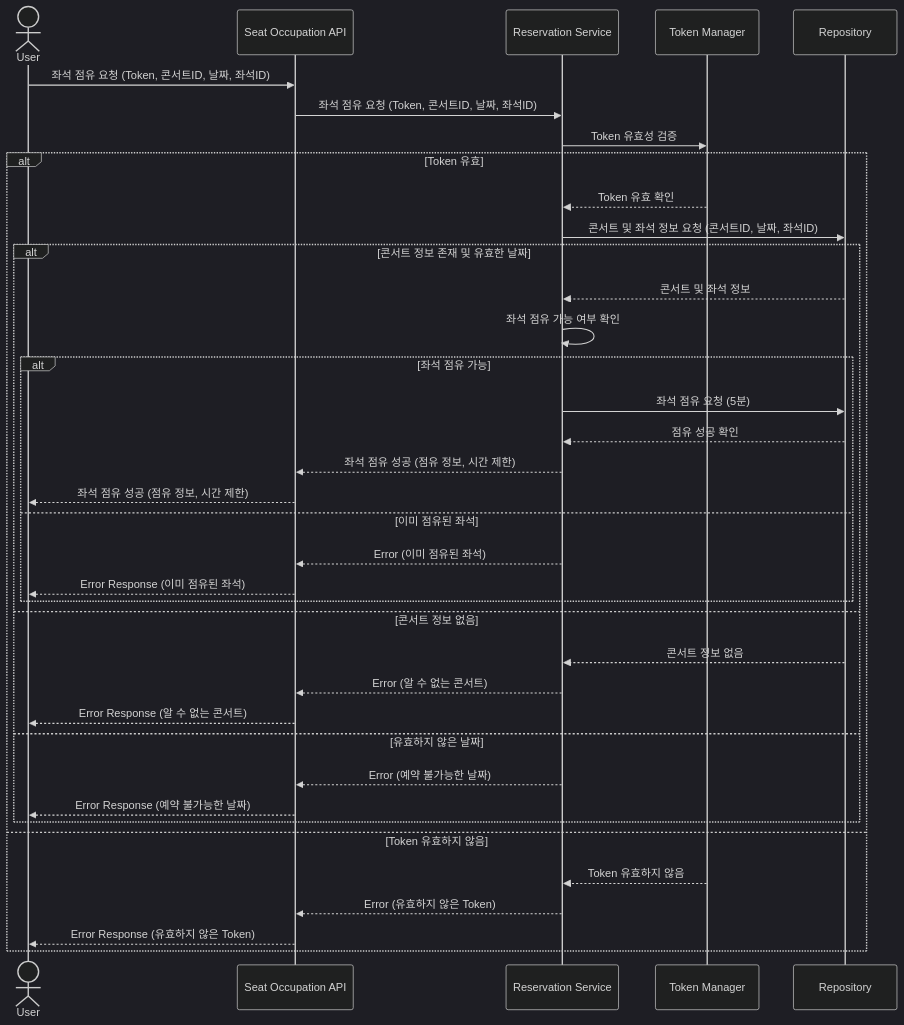
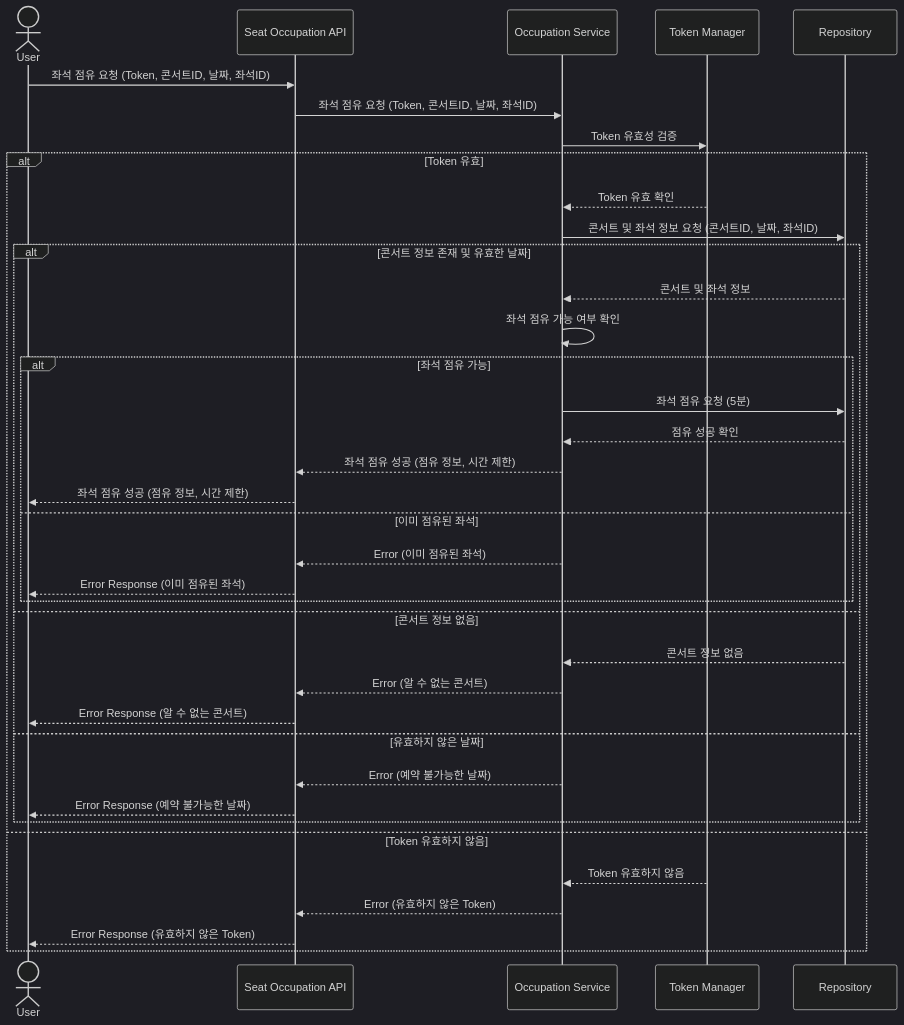
The fifth of 12 diagrams in docs/scenario.md (yuiyeong/ticketing-service), drawn with Mermaid (dark theme) before and after one commit. The commit also changed other lines of this file, not shown here.

````diff
--- a/docs/scenario.md
+++ b/docs/scenario.md
@@ -167,39 +167,39 @@
 ```mermaid
 sequenceDiagram
     actor User
     participant API as Seat Occupation API
-    participant ReservationService as Reservation Service
+    participant OccupationService as Occupation Service
     participant TokenManager as Token Manager
     participant Repository as Repository
     User ->> API: 좌석 점유 요청 (Token, 콘서트ID, 날짜, 좌석ID)
-    API ->> ReservationService: 좌석 점유 요청 (Token, 콘서트ID, 날짜, 좌석ID)
-    ReservationService ->> TokenManager: Token 유효성 검증
+    API ->> OccupationService: 좌석 점유 요청 (Token, 콘서트ID, 날짜, 좌석ID)
+    OccupationService ->> TokenManager: Token 유효성 검증
     alt Token 유효
-        TokenManager -->> ReservationService: Token 유효 확인
-        ReservationService ->> Repository: 콘서트 및 좌석 정보 요청 (콘서트ID, 날짜, 좌석ID)
+        TokenManager -->> OccupationService: Token 유효 확인
+        OccupationService ->> Repository: 콘서트 및 좌석 정보 요청 (콘서트ID, 날짜, 좌석ID)
         alt 콘서트 정보 존재 및 유효한 날짜
-            Repository -->> ReservationService: 콘서트 및 좌석 정보
-            ReservationService ->> ReservationService: 좌석 점유 가능 여부 확인
+            Repository -->> OccupationService: 콘서트 및 좌석 정보
+            OccupationService ->> OccupationService: 좌석 점유 가능 여부 확인
             alt 좌석 점유 가능
-                ReservationService ->> Repository: 좌석 점유 요청 (5분)
-                Repository -->> ReservationService: 점유 성공 확인
-                ReservationService -->> API: 좌석 점유 성공 (점유 정보, 시간 제한)
+                OccupationService ->> Repository: 좌석 점유 요청 (5분)
+                Repository -->> OccupationService: 점유 성공 확인
+                OccupationService -->> API: 좌석 점유 성공 (점유 정보, 시간 제한)
                 API -->> User: 좌석 점유 성공 (점유 정보, 시간 제한)
             else 이미 점유된 좌석
-                ReservationService -->> API: Error (이미 점유된 좌석)
+                OccupationService -->> API: Error (이미 점유된 좌석)
                 API -->> User: Error Response (이미 점유된 좌석)
             end
         else 콘서트 정보 없음
-            Repository -->> ReservationService: 콘서트 정보 없음
-            ReservationService -->> API: Error (알 수 없는 콘서트)
+            Repository -->> OccupationService: 콘서트 정보 없음
+            OccupationService -->> API: Error (알 수 없는 콘서트)
             API -->> User: Error Response (알 수 없는 콘서트)
         else 유효하지 않은 날짜
-            ReservationService -->> API: Error (예약 불가능한 날짜)
+            OccupationService -->> API: Error (예약 불가능한 날짜)
             API -->> User: Error Response (예약 불가능한 날짜)
         end
     else Token 유효하지 않음
-        TokenManager -->> ReservationService: Token 유효하지 않음
-        ReservationService -->> API: Error (유효하지 않은 Token)
+        TokenManager -->> OccupationService: Token 유효하지 않음
+        OccupationService -->> API: Error (유효하지 않은 Token)
         API -->> User: Error Response (유효하지 않은 Token)
     end
 ```
````
